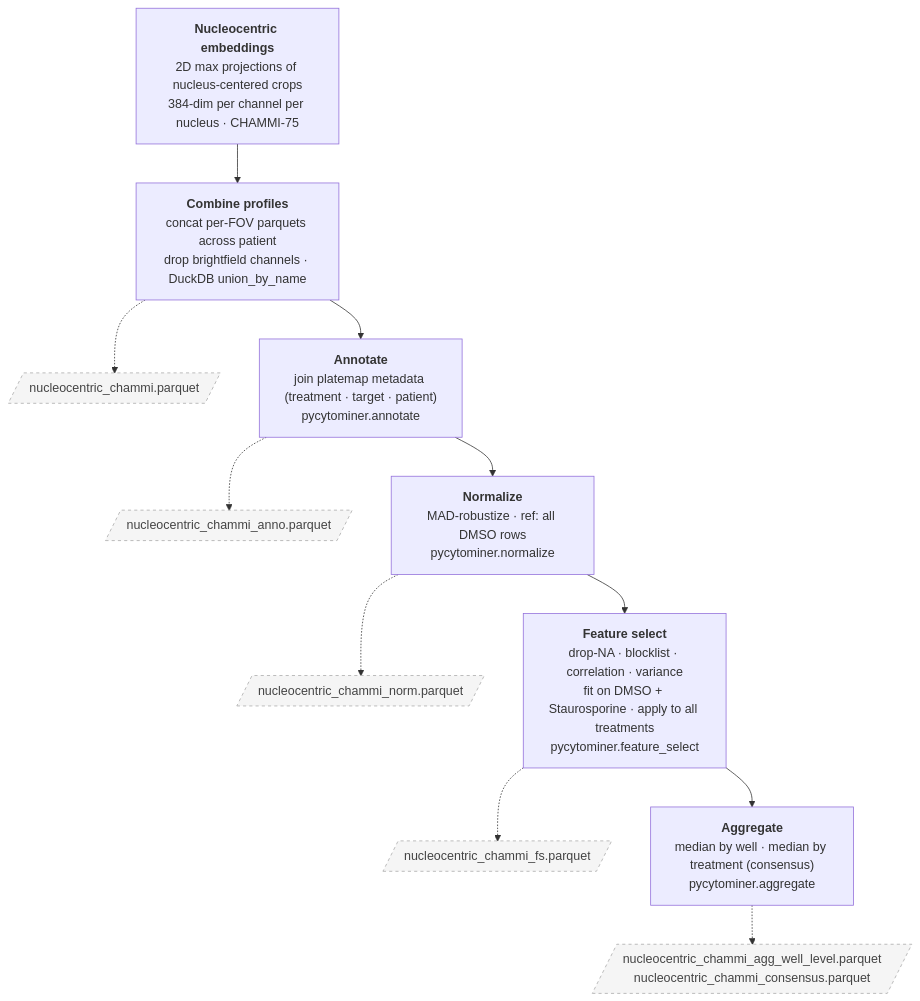
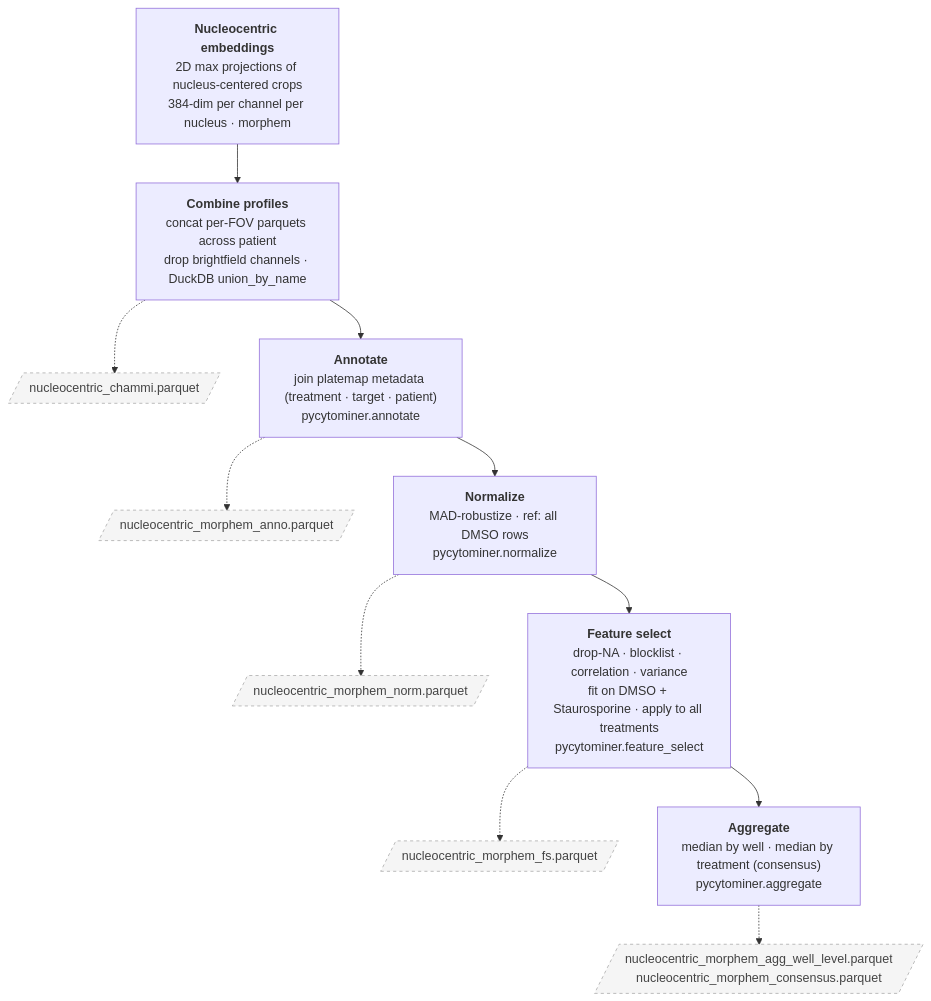
The sixth of 6 diagrams in README.md (WayScience/NF1_3D_organoid_profiling_pipeline), drawn with Mermaid before and after one commit. The commit also changed other lines of this file and 28 other files, not shown here.

````diff
--- a/README.md
+++ b/README.md
@@ -468,21 +468,21 @@
 ```mermaid
 flowchart TD
     classDef out fill:#f5f5f5,stroke:#aaa,stroke-dasharray:4 4,color:#444
 
-    A["<b>Nucleocentric embeddings</b><br/>2D max projections of nucleus-centered crops<br/>384-dim per channel per nucleus · CHAMMI-75"]
+    A["<b>Nucleocentric embeddings</b><br/>2D max projections of nucleus-centered crops<br/>384-dim per channel per nucleus · morphem"]
 
     A --> B["<b>Combine profiles</b><br/>concat per-FOV parquets across patient<br/>drop brightfield channels · DuckDB union_by_name"]
     B -.-> oCombine[/"nucleocentric_chammi.parquet"/]:::out
 
     B --> C["<b>Annotate</b><br/>join platemap metadata (treatment · target · patient)<br/>pycytominer.annotate"]
-    C -.-> oAnnotate[/"nucleocentric_chammi_anno.parquet"/]:::out
+    C -.-> oAnnotate[/"nucleocentric_morphem_anno.parquet"/]:::out
 
     C --> D["<b>Normalize</b><br/>MAD-robustize · ref: all DMSO rows<br/>pycytominer.normalize"]
-    D -.-> oNorm[/"nucleocentric_chammi_norm.parquet"/]:::out
+    D -.-> oNorm[/"nucleocentric_morphem_norm.parquet"/]:::out
 
     D --> E["<b>Feature select</b><br/>drop-NA · blocklist · correlation · variance<br/>fit on DMSO + Staurosporine · apply to all treatments<br/>pycytominer.feature_select"]
-    E -.-> oFS[/"nucleocentric_chammi_fs.parquet"/]:::out
+    E -.-> oFS[/"nucleocentric_morphem_fs.parquet"/]:::out
 
     E --> F["<b>Aggregate</b><br/>median by well · median by treatment (consensus)<br/>pycytominer.aggregate"]
-    F -.-> oAgg[/"nucleocentric_chammi_agg_well_level.parquet<br/>nucleocentric_chammi_consensus.parquet"/]:::out
+    F -.-> oAgg[/"nucleocentric_morphem_agg_well_level.parquet<br/>nucleocentric_morphem_consensus.parquet"/]:::out
 ```
````
